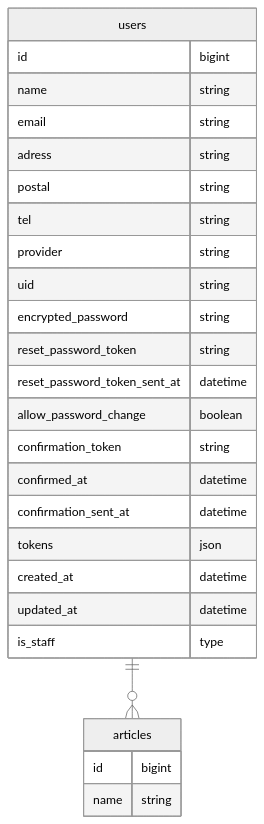
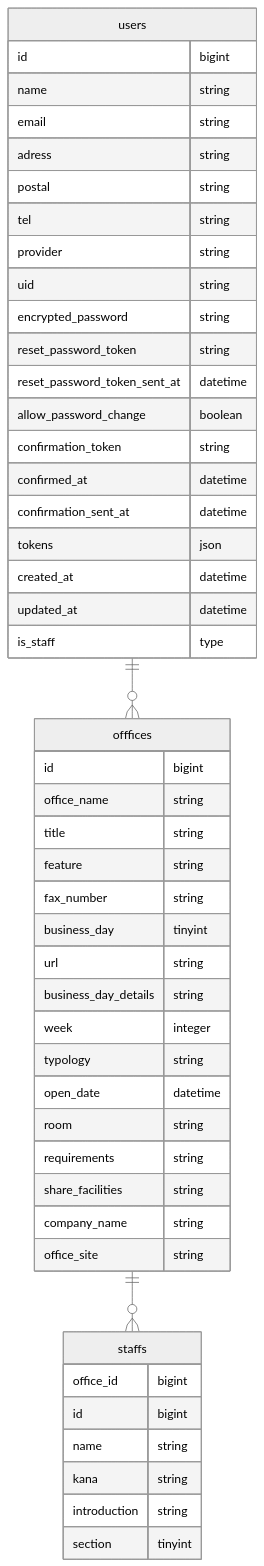
One commit to rtkjm22/homeCareNavi_2nd_API changed the diagram in README.md. Above: the diagram before and after it, drawn with Mermaid (neutral theme).

````diff
--- a/README.md
+++ b/README.md
@@ -36,31 +36,55 @@
 ```mermaid
 erDiagram
-    users ||--o{ articles: ""
+    users ||--o{ offfices: ""
+    offfices ||--o{ staffs: ""
 
 users {
   id bigint
   name string
   email string
   adress string
   postal string
   tel string
   provider string
   uid string
   encrypted_password string
   reset_password_token string
   reset_password_token_sent_at datetime
   allow_password_change boolean
   confirmation_token string
   confirmed_at datetime
   confirmation_sent_at datetime
   tokens json
   created_at datetime
   updated_at datetime
   is_staff type
 }
 
-articles {
+staffs {
+  office_id bigint
   id bigint
   name string
+  kana string
+  introduction string
+  section tinyint
+}
+
+offfices {
+  id bigint
+  office_name string
+  title string
+  feature string
+  fax_number string
+  business_day tinyint
+  url string
+  business_day_details string
+  week integer
+  typology string
+  open_date datetime
+  room string
+  requirements string
+  share_facilities string
+  company_name string
+  office_site string
 }
 ```
````
